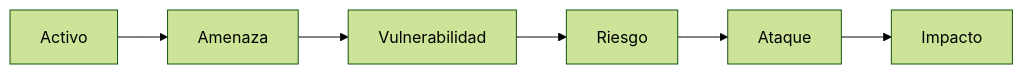
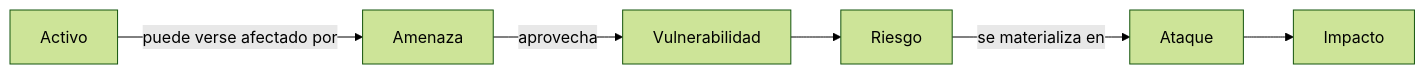
The first of 4 diagrams in slides/2SMR-SEGINF/UD01_diapositivas.md (martalopezron92/1DAW-2DAW-Generador-diapositivas), drawn with Mermaid (forest theme) before and after one commit. The commit also changed other lines of this file, not shown here.

````diff
--- a/slides/2SMR-SEGINF/UD01_diapositivas.md
+++ b/slides/2SMR-SEGINF/UD01_diapositivas.md
@@ -119,8 +188,8 @@
 ```mermaid
 flowchart LR
- A[Activo] --> AM[Amenaza]
- AM --> V[Vulnerabilidad]
- V --> R[Riesgo]
- R --> AT[Ataque]
- AT --> I[Impacto]
+    A[Activo] -->|puede verse afectado por| T[Amenaza]
+    T -->|aprovecha| V[Vulnerabilidad]
+    V --> R[Riesgo]
+    R -->|se materializa en| AT[Ataque]
+    AT --> I[Impacto]
 ```
````
